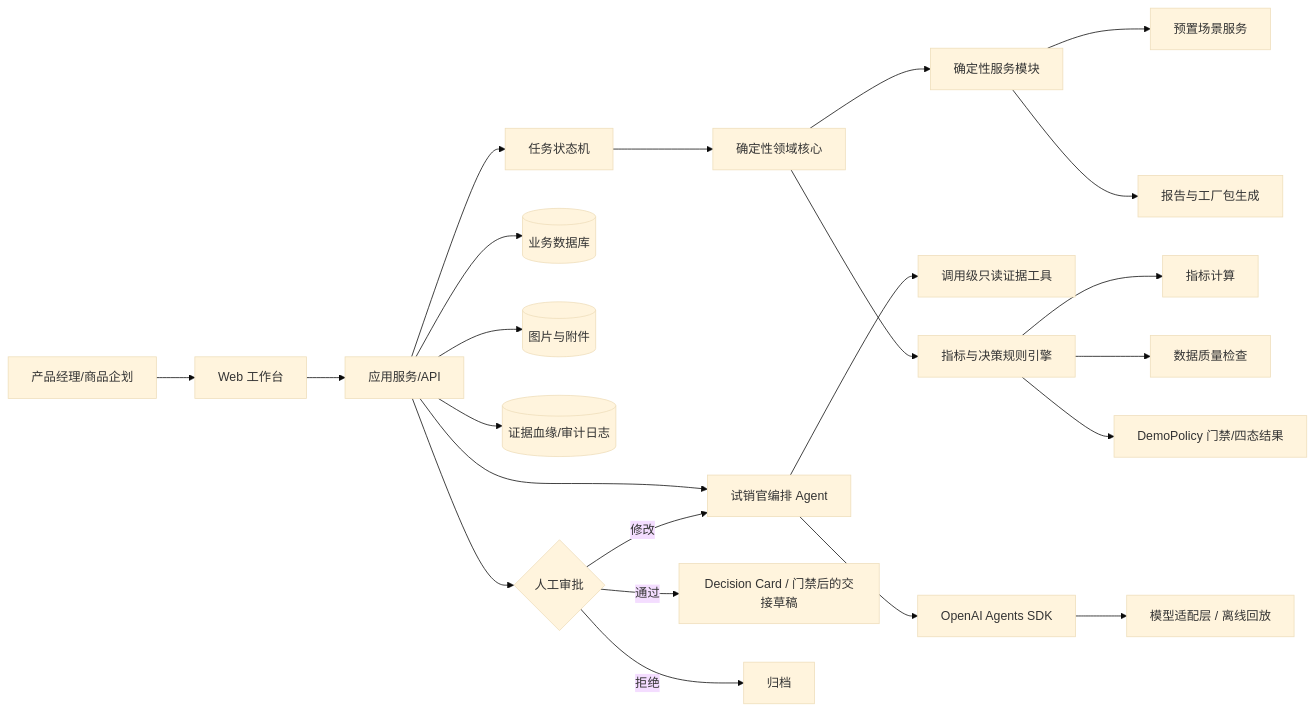
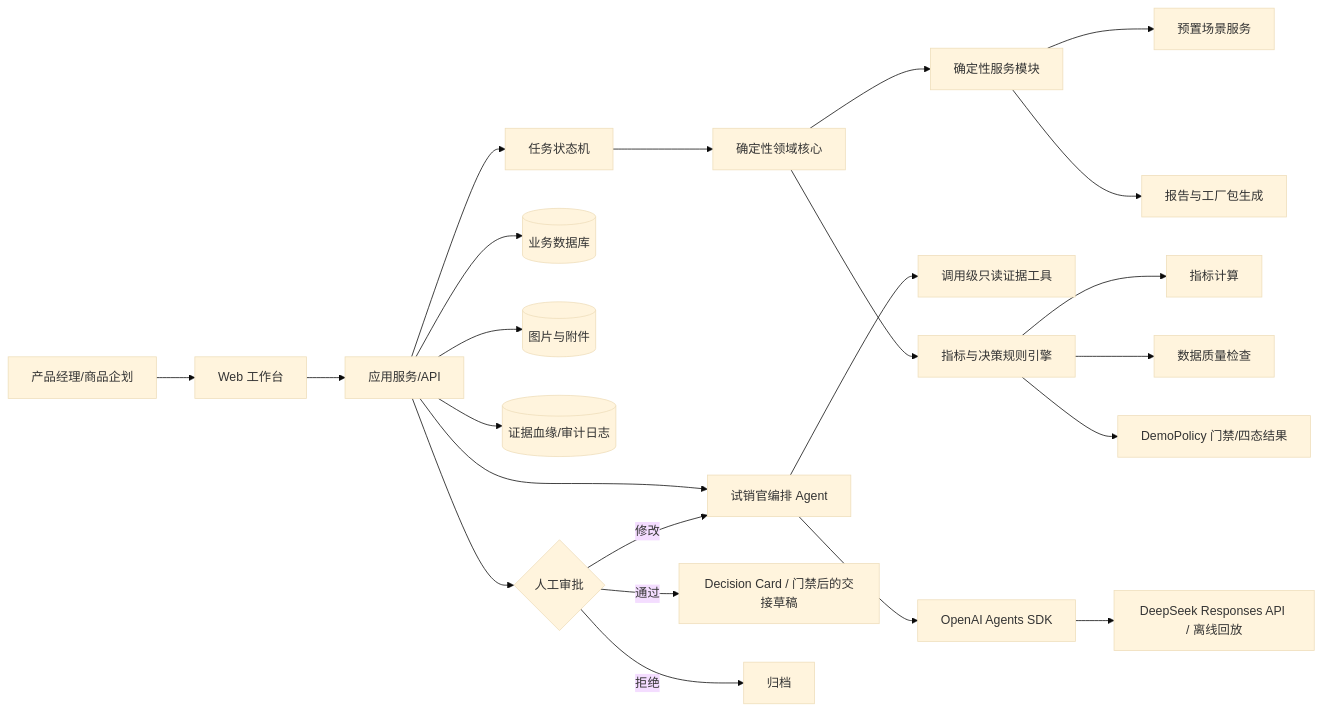
The diagram in docs/ARCHITECTURE.md (xiaohao-ai/shixiaoguan-mvp), drawn with Mermaid (base theme) before and after one commit. The commit also changed other lines of this file and 17 other files, not shown here.

Commit message:
feat: migrate live agent to DeepSeek

````diff
--- a/docs/ARCHITECTURE.md
+++ b/docs/ARCHITECTURE.md
@@ -60,30 +60,30 @@
 ```mermaid
 flowchart LR
     U[产品经理/商品企划] --> UI[Web 工作台]
     UI --> API[应用服务/API]
     API --> FSM[任务状态机]
     FSM --> CORE[确定性领域核心]
     API --> OA[试销官编排 Agent]
 
     OA --> SDK[OpenAI Agents SDK]
-    SDK --> LLM[模型适配层 / 离线回放]
+    SDK --> LLM[DeepSeek Responses API / 离线回放]
     OA --> READ[调用级只读证据工具]
     CORE --> MODULES[确定性服务模块]
     CORE --> RULES[指标与决策规则引擎]
 
     MODULES --> SCENARIO[预置场景服务]
     MODULES --> EXPORT[报告与工厂包生成]
 
     RULES --> METRIC[指标计算]
     RULES --> QUALITY[数据质量检查]
     RULES --> SCORE[DemoPolicy 门禁/四态结果]
 
     API --> DB[(业务数据库)]
     API --> FILES[(图片与附件)]
     API --> AUDIT[(证据血缘/审计日志)]
 
     API --> HITL{人工审批}
     HITL -->|通过| OUTPUT[Decision Card / 门禁后的交接草稿]
     HITL -->|修改| OA
     HITL -->|拒绝| END[归档]
 ```
````
